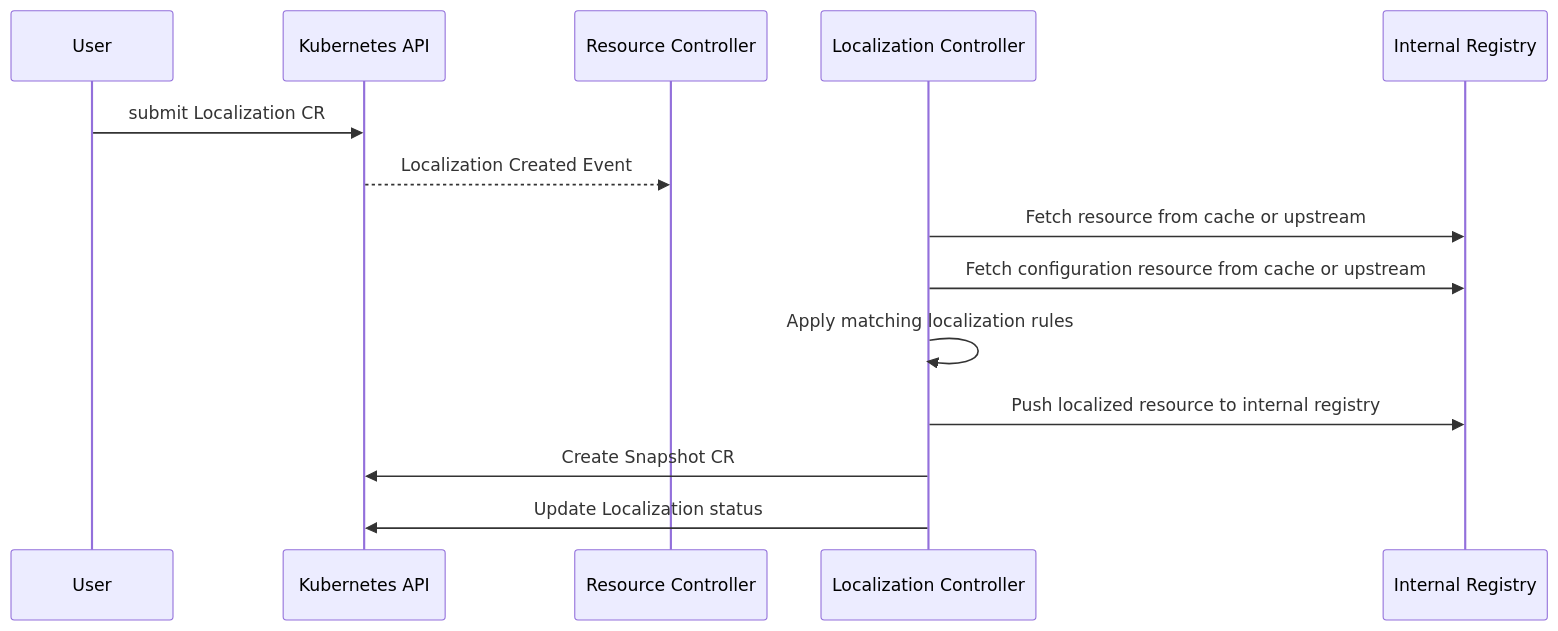
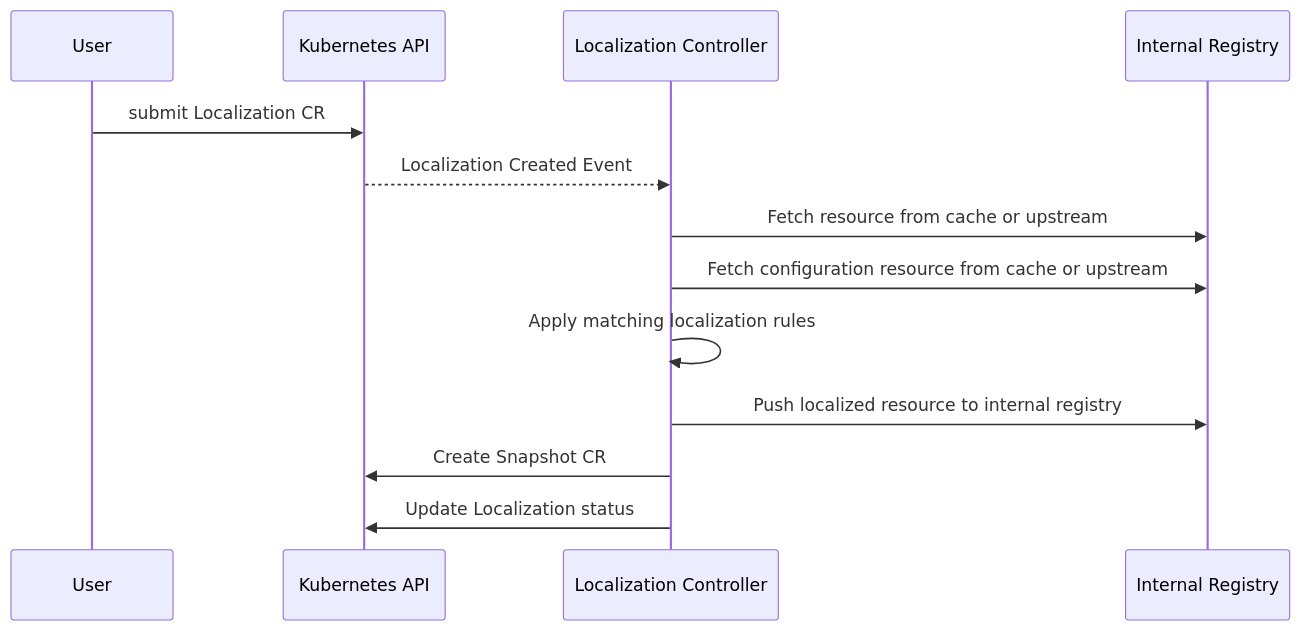
The third of 3 diagrams in docs/architecture.md (open-component-model/ocm-controller), drawn with Mermaid before and after one commit.

````diff
--- a/docs/architecture.md
+++ b/docs/architecture.md
@@ -138,11 +138,11 @@
 ```mermaid
 sequenceDiagram
     User->>Kubernetes API: submit Localization CR
-    Kubernetes API-->>Resource Controller: Localization Created Event
+    Kubernetes API-->>Localization Controller: Localization Created Event
     Localization Controller->>Internal Registry: Fetch resource from cache or upstream
     Localization Controller->>Internal Registry: Fetch configuration resource from cache or upstream
     Localization Controller->>Localization Controller: Apply matching localization rules
     Localization Controller->>Internal Registry: Push localized resource to internal registry
     Localization Controller->>Kubernetes API: Create Snapshot CR
     Localization Controller->>Kubernetes API: Update Localization status
 ```
````
